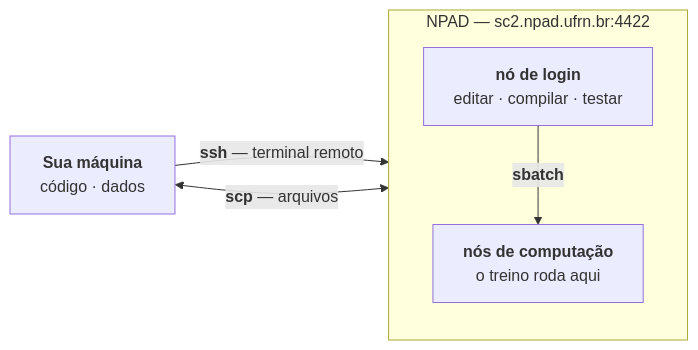
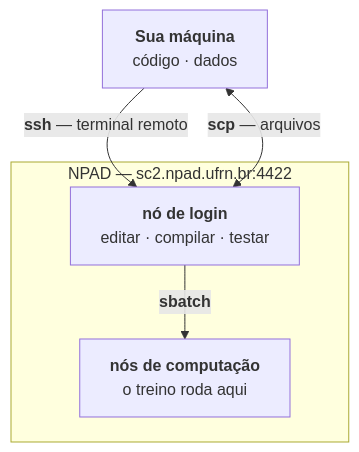
Before and after one commit to heltonmaia/fishell: the diagram in README.md, drawn with Mermaid.

Commit message:
docs: diagrama em TB, que rende mais na coluna estreita do README
Em LR o `direction TB` do subgraph e' ignorado pelo renderizador do GitHub: os
dois nos do NPAD ficam lado a lado, o diagrama sai largo e e' reduzido pra
caber na coluna, deixando o texto pequeno. Vertical ele ocupa a largura toda e
fica legivel.

````diff
--- a/README.md
+++ b/README.md
@@ -17,14 +17,13 @@
 ```mermaid
-flowchart LR
+flowchart TB
     A["<b>Sua máquina</b><br/>código · dados"]
 
     subgraph NPAD["NPAD — sc2.npad.ufrn.br:4422"]
-        direction TB
         B["<b>nó de login</b><br/>editar · compilar · testar"]
         C["<b>nós de computação</b><br/>o treino roda aqui"]
         B -->|"<b>sbatch</b>"| C
     end
 
     A -->|"<b>ssh</b> — terminal remoto"| B
     A <-->|"<b>scp</b> — arquivos"| B
 ```
````
